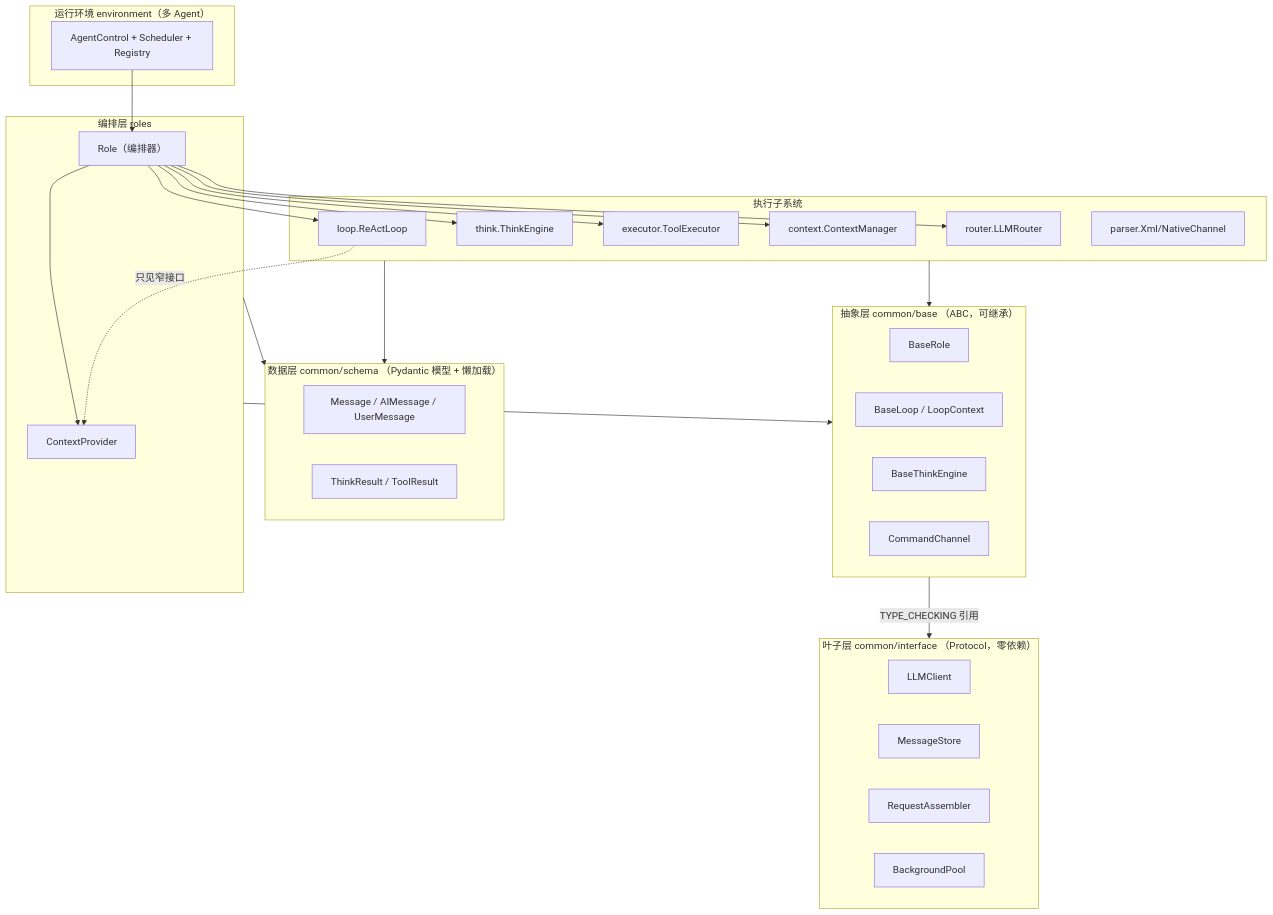
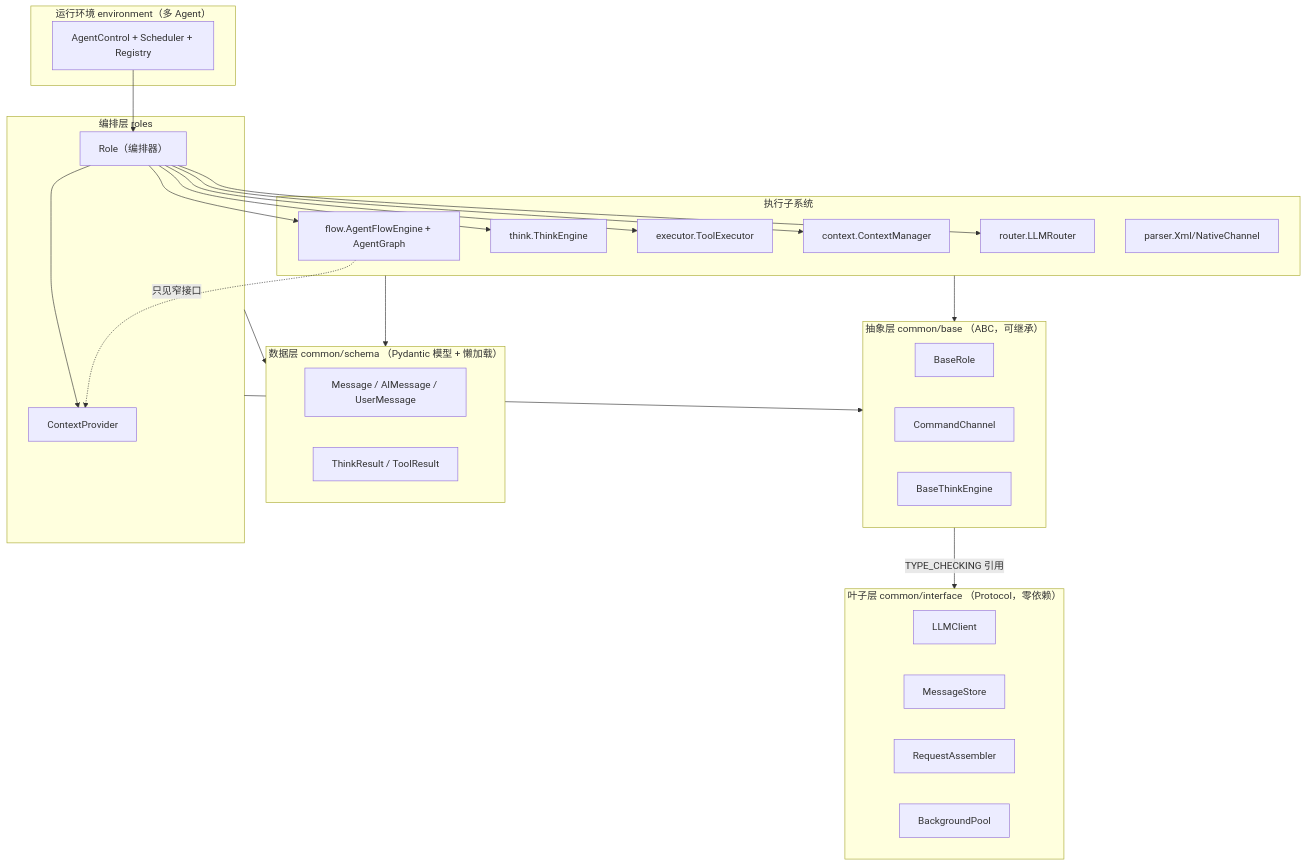
One commit to bushihelmy-crypto/mote changed the first of 12 diagrams in zdocs/ARCHITECTURE.md. Above: the diagram before and after it, drawn with Mermaid. The commit also changed other lines of this file and 2282 other files, not shown here.

Commit message:
Restructure Mote package architecture

````diff
--- a/zdocs/ARCHITECTURE.md
+++ b/zdocs/ARCHITECTURE.md
@@ -46,53 +46,52 @@
 ```mermaid
 graph TD
     subgraph L0["叶子层 common/interface （Protocol，零依赖）"]
         I_LLM["LLMClient"]
         I_MS["MessageStore"]
         I_RA["RequestAssembler"]
         I_BG["BackgroundPool"]
     end
 
     subgraph L1["抽象层 common/base （ABC，可继承）"]
         B_ROLE["BaseRole"]
-        B_LOOP["BaseLoop / LoopContext"]
+        B_CH["CommandChannel"]
         B_THINK["BaseThinkEngine"]
-        B_CH["CommandChannel"]
     end
 
     subgraph L2["数据层 common/schema （Pydantic 模型 + 懒加载）"]
         S_MSG["Message / AIMessage / UserMessage"]
         S_TR["ThinkResult / ToolResult"]
     end
 
     subgraph L3["编排层 roles"]
         R_ROLE["Role（编排器）"]
         R_CP["ContextProvider"]
     end
 
     subgraph L4["执行子系统"]
-        E_LOOP["loop.ReActLoop"]
+        E_FLOW["flow.AgentFlowEngine + AgentGraph"]
         E_THINK["think.ThinkEngine"]
         E_EXEC["executor.ToolExecutor"]
         E_CTX["context.ContextManager"]
         E_ROUTER["router.LLMRouter"]
         E_PARSER["parser.Xml/NativeChannel"]
     end
 
     subgraph L5["运行环境 environment（多 Agent）"]
         ENV["AgentControl + Scheduler + Registry"]
     end
 
     L1 -->|TYPE_CHECKING 引用| L0
     L3 --> L1
     L3 --> L2
     L4 --> L1
     L4 --> L2
-    R_ROLE --> E_LOOP
+    R_ROLE --> E_FLOW
     R_ROLE --> E_THINK
     R_ROLE --> E_EXEC
     R_ROLE --> E_CTX
     R_ROLE --> E_ROUTER
     R_ROLE --> R_CP
-    E_LOOP -.->|只见窄接口| R_CP
+    E_FLOW -.->|只见窄接口| R_CP
     ENV --> R_ROLE
 ```
````
